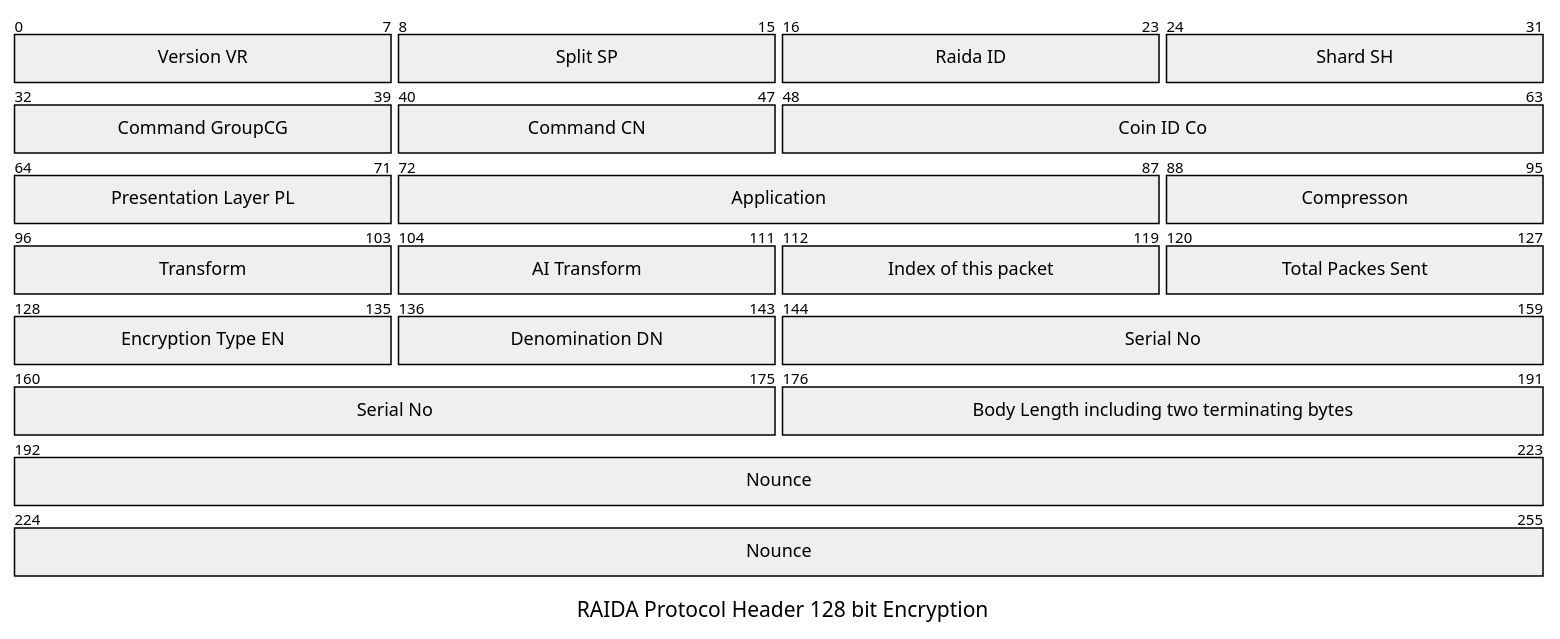
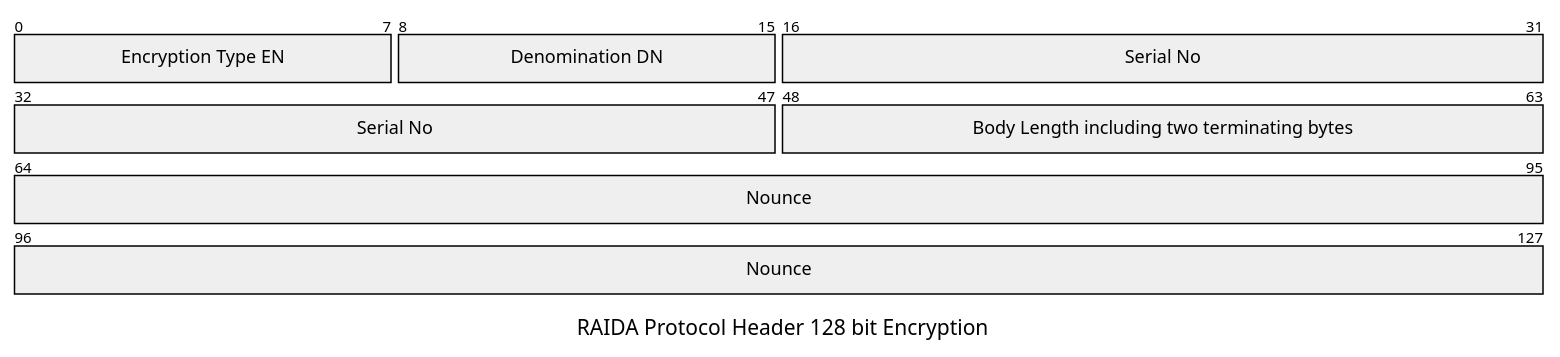
One commit to worthingtonse/client-prompts changed the second of 3 diagrams in CONTEXT/request-header-format-for-128-encryption.md. Above: the diagram before and after it, drawn with Mermaid. The commit also changed other lines of this file, not shown here.

````diff
--- a/CONTEXT/request-header-format-for-128-encryption.md
+++ b/CONTEXT/request-header-format-for-128-encryption.md
@@ -200,25 +52,11 @@
 ```mermaid
 ---
 title: "RAIDA Protocol Header 128 bit Encryption"
 ---
 packet-beta
-+8: "Version VR"
-+8: "Split SP"
-+8: "Raida ID"
-+8: "Shard SH"
-+8: "Command GroupCG"
-+8: "Command CN"
-+16: "Coin ID Co"
-+8: "Presentation Layer PL"
-+16: "Application"
-+8: "Compresson"
-+8: "Transform"
-+8: "AI Transform"
-+8: "Index of this packet"
-+8: "Total Packes Sent"
 +8: "Encryption Type EN"
 +8: "Denomination DN"
 +32: "Serial No"
 +16: "Body Length including two terminating bytes"
 +64: "Nounce"
 ```
````
